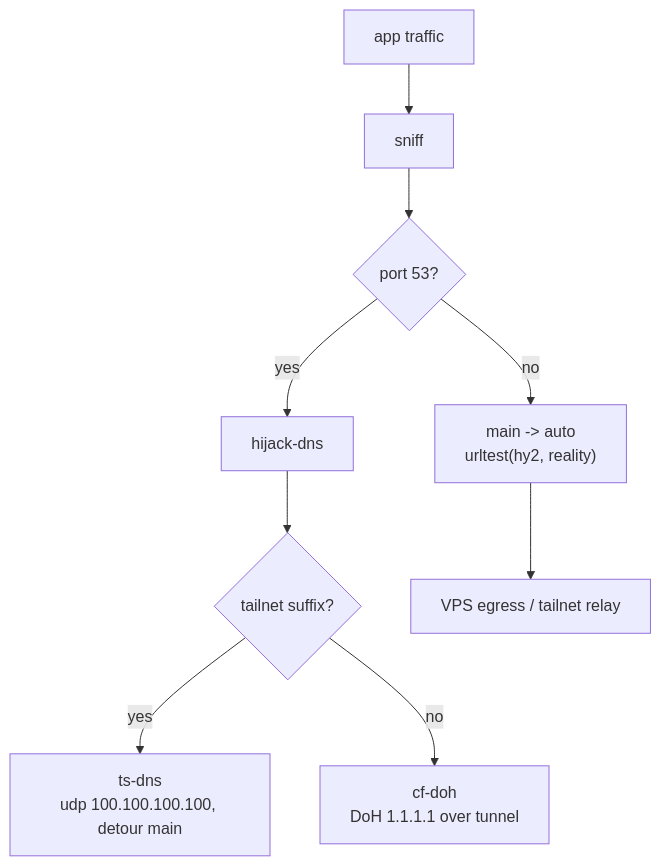
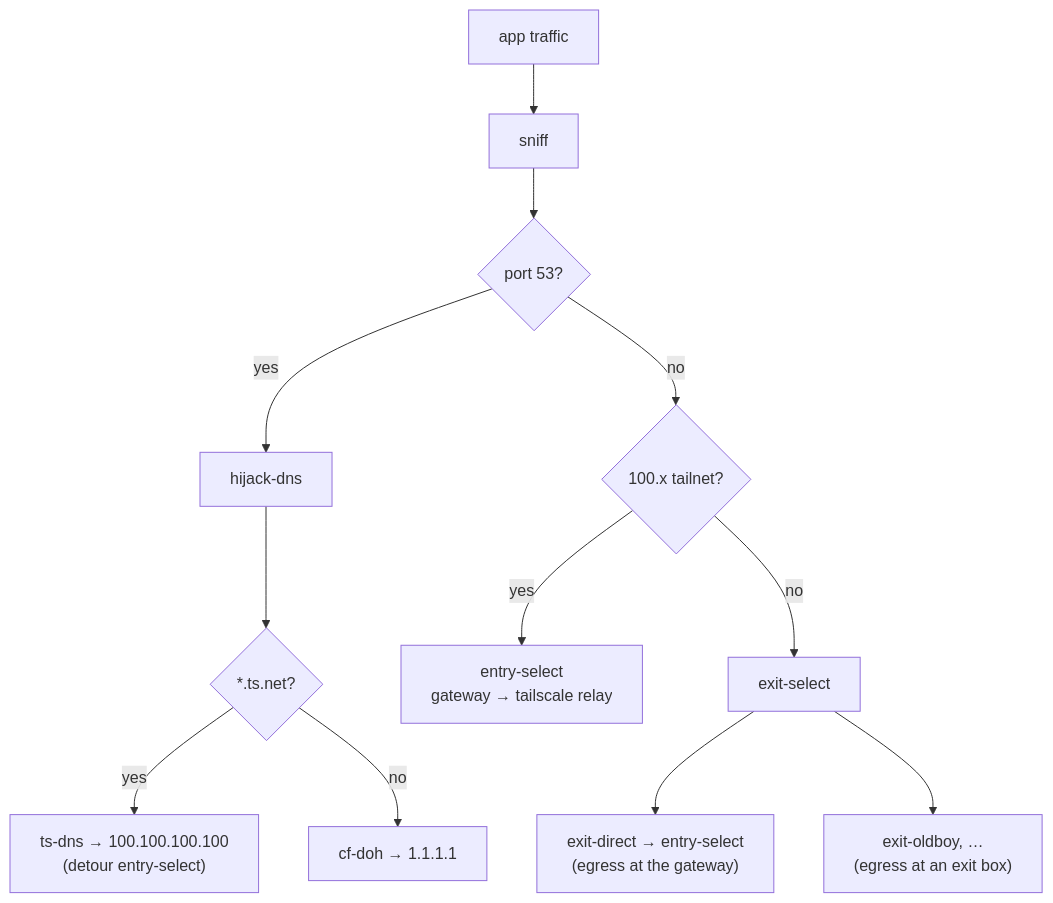
One commit to radiosilence/jaritanet changed the fourth of 6 diagrams in docs/architecture.md. Above: the diagram before and after it, drawn with Mermaid. The commit also changed other lines of this file and 2 other files, not shown here.

First line of the commit message:
docs: remove Oracle Cloud, rebuild secrets table, fix stale diagrams (#73)

````diff
--- a/docs/architecture.md
+++ b/docs/architecture.md
@@ -173,11 +177,14 @@
 ```mermaid
 flowchart TD
     APP["app traffic"] --> SNIFF["sniff"]
     SNIFF --> DNSQ{"port 53?"}
     DNSQ -->|yes| HIJACK["hijack-dns"]
-    HIJACK --> RESOLVE{"tailnet suffix?"}
-    RESOLVE -->|yes| TSDNS["ts-dns<br/>udp 100.100.100.100, detour main"]
-    RESOLVE -->|no| DOH["cf-doh<br/>DoH 1.1.1.1 over tunnel"]
-    DNSQ -->|no| SEL["main -> auto<br/>urltest(hy2, reality)"]
-    SEL --> VPS["VPS egress / tailnet relay"]
+    HIJACK --> RES{"*.ts.net?"}
+    RES -->|yes| TSDNS["ts-dns → 100.100.100.100<br/>(detour entry-select)"]
+    RES -->|no| DOH["cf-doh → 1.1.1.1"]
+    DNSQ -->|no| TN{"100.x tailnet?"}
+    TN -->|yes| ENTRY["entry-select<br/>gateway → tailscale relay"]
+    TN -->|no| EXIT["exit-select"]
+    EXIT --> ED["exit-direct → entry-select<br/>(egress at the gateway)"]
+    EXIT --> EN["exit-oldboy, …<br/>(egress at an exit box)"]
 ```
````
